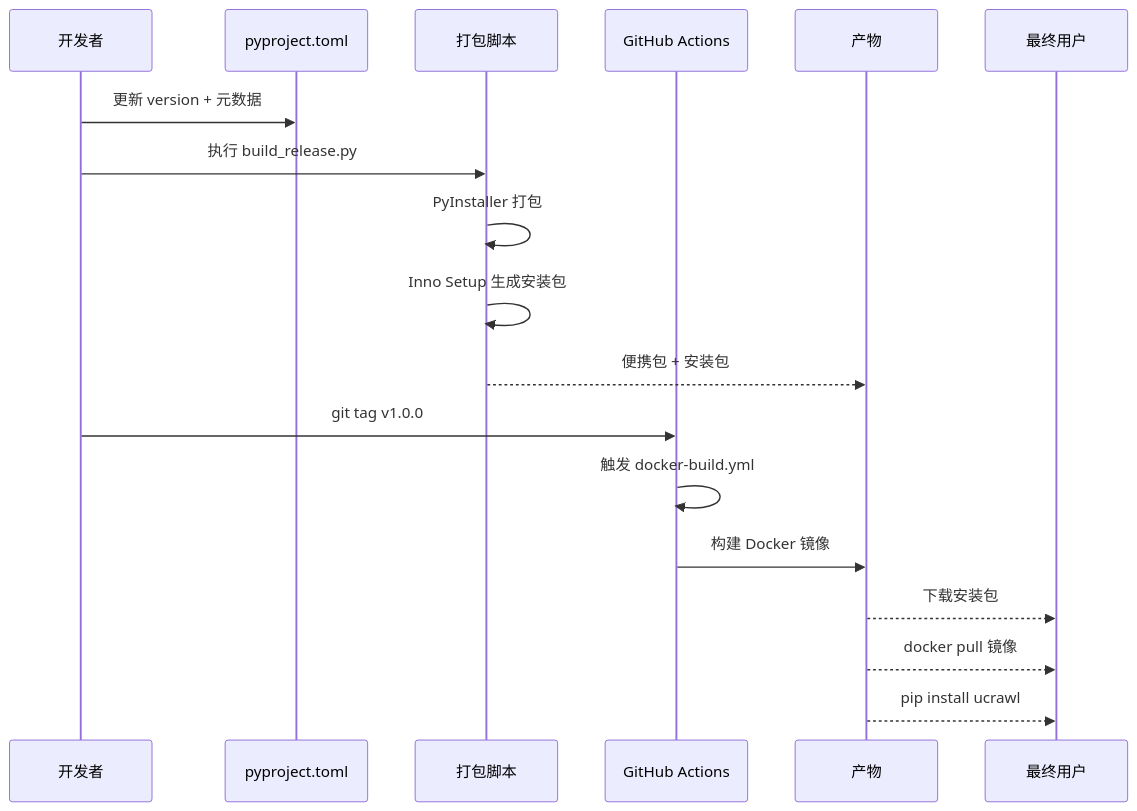
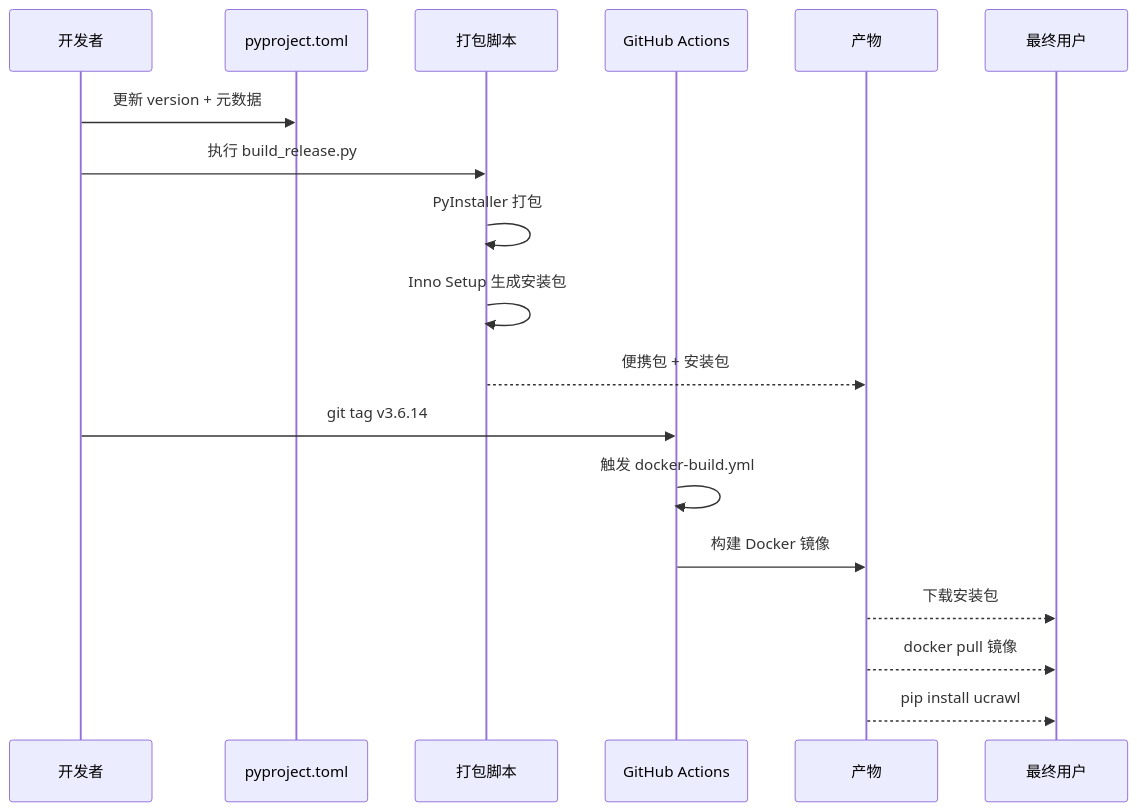
Before and after one commit to haohaizi554/UniversalCrawler: the fifth of 5 diagrams in mermaid/10-packaging-and-delivery.md, drawn with Mermaid. The commit also changed other lines of this file and 41 other files, not shown here.

````diff
--- a/mermaid/10-packaging-and-delivery.md
+++ b/mermaid/10-packaging-and-delivery.md
@@ -151,23 +151,23 @@
 ```mermaid
 sequenceDiagram
     participant Dev as 开发者
     participant Ver as pyproject.toml
     participant Build as 打包脚本
     participant CI as GitHub Actions
     participant Artifact as 产物
     participant User as 最终用户
 
     Dev->>Ver: 更新 version + 元数据
     Dev->>Build: 执行 build_release.py
     Build->>Build: PyInstaller 打包
     Build->>Build: Inno Setup 生成安装包
     Build-->>Artifact: 便携包 + 安装包
     
-    Dev->>CI: git tag v1.0.0
+    Dev->>CI: git tag v3.6.14
     CI->>CI: 触发 docker-build.yml
     CI->>Artifact: 构建 Docker 镜像
     
     Artifact-->>User: 下载安装包
     Artifact-->>User: docker pull 镜像
     Artifact-->>User: pip install ucrawl
 ```
````
